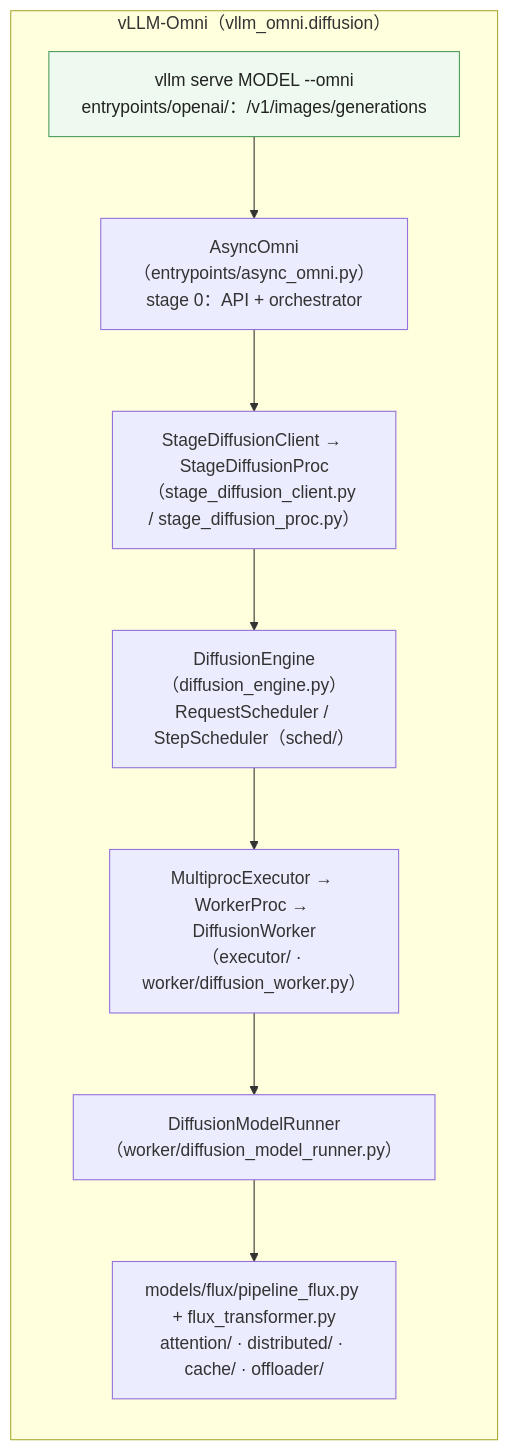
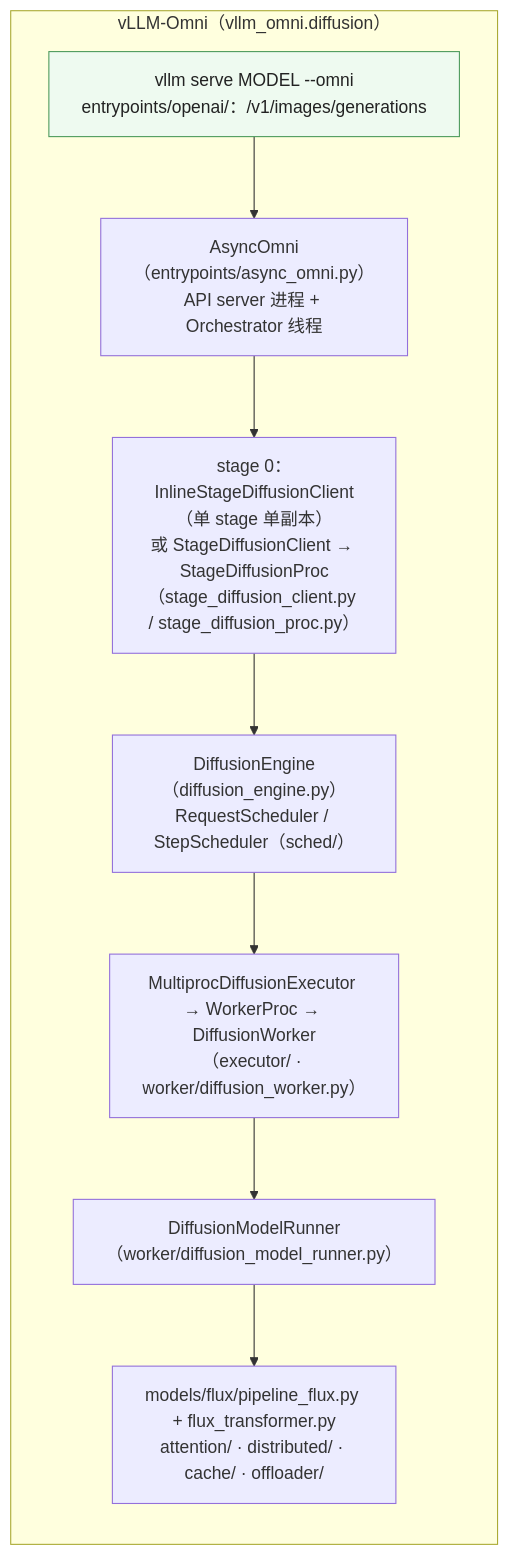
Before and after one commit to arganzheng/arganzheng.github.com: the second of 3 diagrams in _posts/2026-09-12-diffusion-engines-compared-sglang-diffusion-vllm-omni-xdit.md, drawn with Mermaid. The commit also changed other lines of this file and 2 other files, not shown here.

First line of the commit message:
扩散推理 08 三引擎对照：两张进程结构图改 SVG + 嵌套列表，xDiT 调用树保留；按固定版本源码修正进程模型与类名

````diff
--- a/_posts/2026-09-12-diffusion-engines-compared-sglang-diffusion-vllm-omni-xdit.md
+++ b/_posts/2026-09-12-diffusion-engines-compared-sglang-diffusion-vllm-omni-xdit.md
@@ -42,18 +41,18 @@
 ```mermaid
-%% 图：vLLM-Omni 的路径：vllm serve --omni → AsyncOmni → StageDiffusionProc → DiffusionEngine → MultiprocExecutor → DiffusionWorker
+%% 图：vLLM-Omni 的路径：vllm serve --omni → AsyncOmni → Orchestrator → stage 0 的 DiffusionEngine → MultiprocDiffusionExecutor → DiffusionWorker
 flowchart TB
     subgraph VO["vLLM-Omni（vllm_omni.diffusion）"]
         direction TB
         VO1["vllm serve MODEL --omni
 entrypoints/openai/：/v1/images/generations"] --> VO2["AsyncOmni（entrypoints/async_omni.py）
-stage 0：API + orchestrator"] --> VO3["StageDiffusionClient → StageDiffusionProc
-（stage_diffusion_client.py / stage_diffusion_proc.py）"] --> VO4["DiffusionEngine
+API server 进程 + Orchestrator 线程"] --> VO3["stage 0：InlineStageDiffusionClient（单 stage 单副本）
+或 StageDiffusionClient → StageDiffusionProc（stage_diffusion_client.py / stage_diffusion_proc.py）"] --> VO4["DiffusionEngine
 （diffusion_engine.py）
-RequestScheduler / StepScheduler（sched/）"] --> VO5["MultiprocExecutor → WorkerProc → DiffusionWorker
+RequestScheduler / StepScheduler（sched/）"] --> VO5["MultiprocDiffusionExecutor → WorkerProc → DiffusionWorker
 （executor/ · worker/diffusion_worker.py）"] --> VO6["DiffusionModelRunner
 （worker/diffusion_model_runner.py）"] --> VO7["models/flux/pipeline_flux.py + flux_transformer.py
 attention/ · distributed/ · cache/ · offloader/"]
     end
     classDef vo fill:#eefaf0,stroke:#4d9a5c,color:#222
     class VO1 vo
 ```
````
